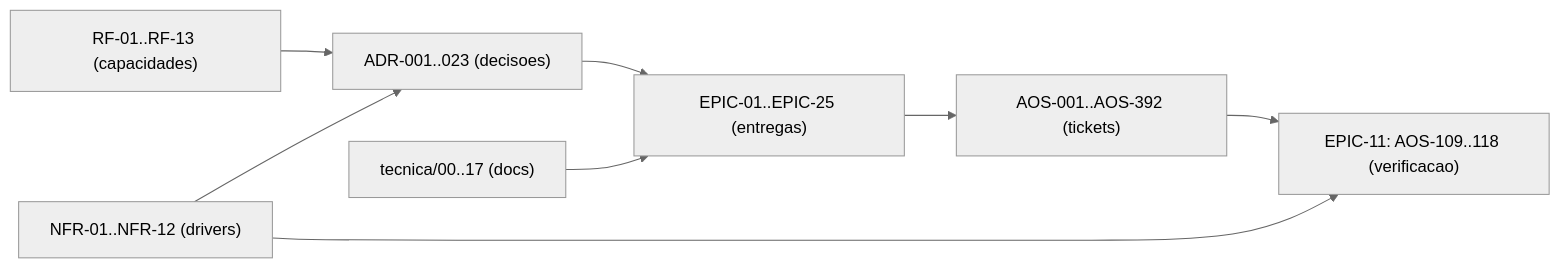
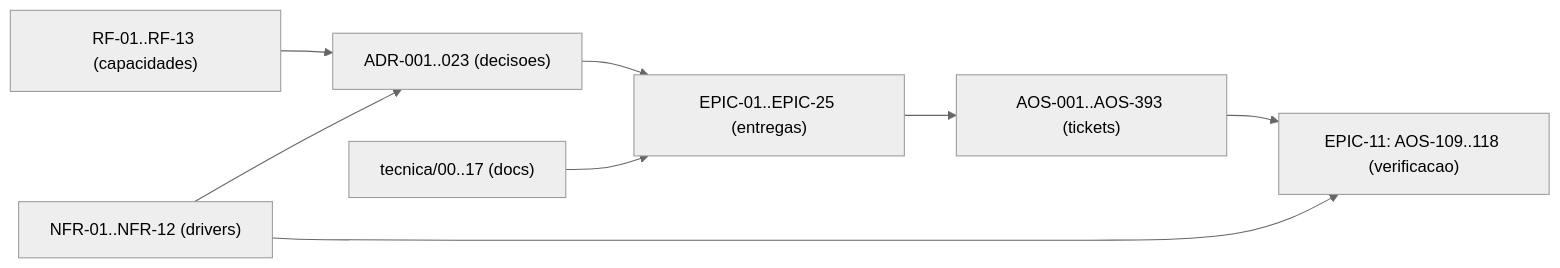
One commit to albinoJimy/aos changed the diagram in tecnica/16_Rastreabilidade_RTM.md. Above: the diagram before and after it, drawn with Mermaid (neutral theme). The commit also changed other lines of this file and 2 other files, not shown here.

First line of the commit message:
docs(AOS-393): abrir ticket do fix do ramo papeis-que-expandem no --goal do aos-orq

````diff
--- a/tecnica/16_Rastreabilidade_RTM.md
+++ b/tecnica/16_Rastreabilidade_RTM.md
@@ -180,10 +180,10 @@
 ```mermaid
 flowchart LR
     RF["RF-01..RF-13 (capacidades)"] --> ADR["ADR-001..023 (decisoes)"]
     NFR["NFR-01..NFR-12 (drivers)"] --> ADR
     ADR --> EPIC["EPIC-01..EPIC-25 (entregas)"]
-    EPIC --> TICK["AOS-001..AOS-392 (tickets)"]
+    EPIC --> TICK["AOS-001..AOS-393 (tickets)"]
     DOC["tecnica/00..17 (docs)"] --> EPIC
     TICK --> TEST["EPIC-11: AOS-109..118 (verificacao)"]
     NFR --> TEST
 ```
````
